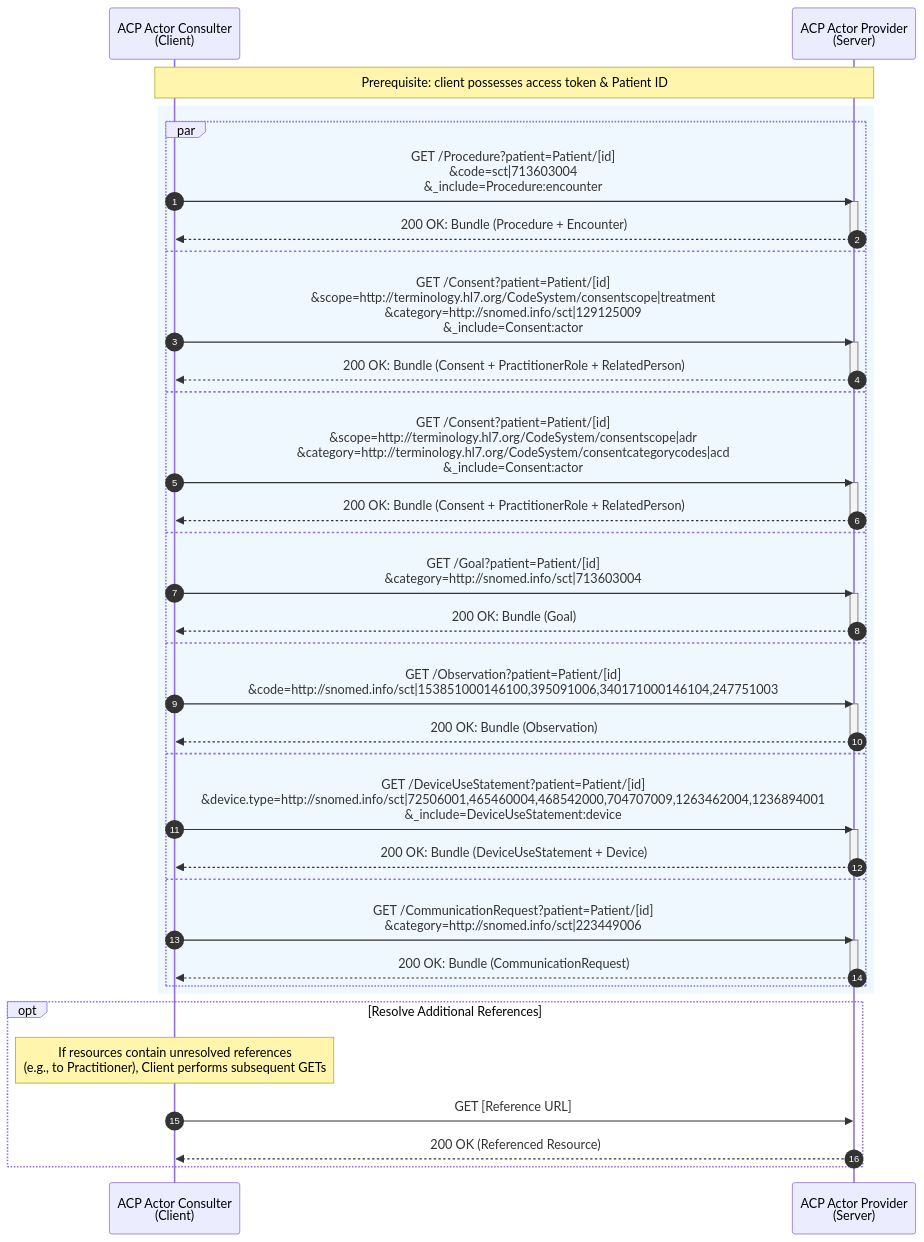
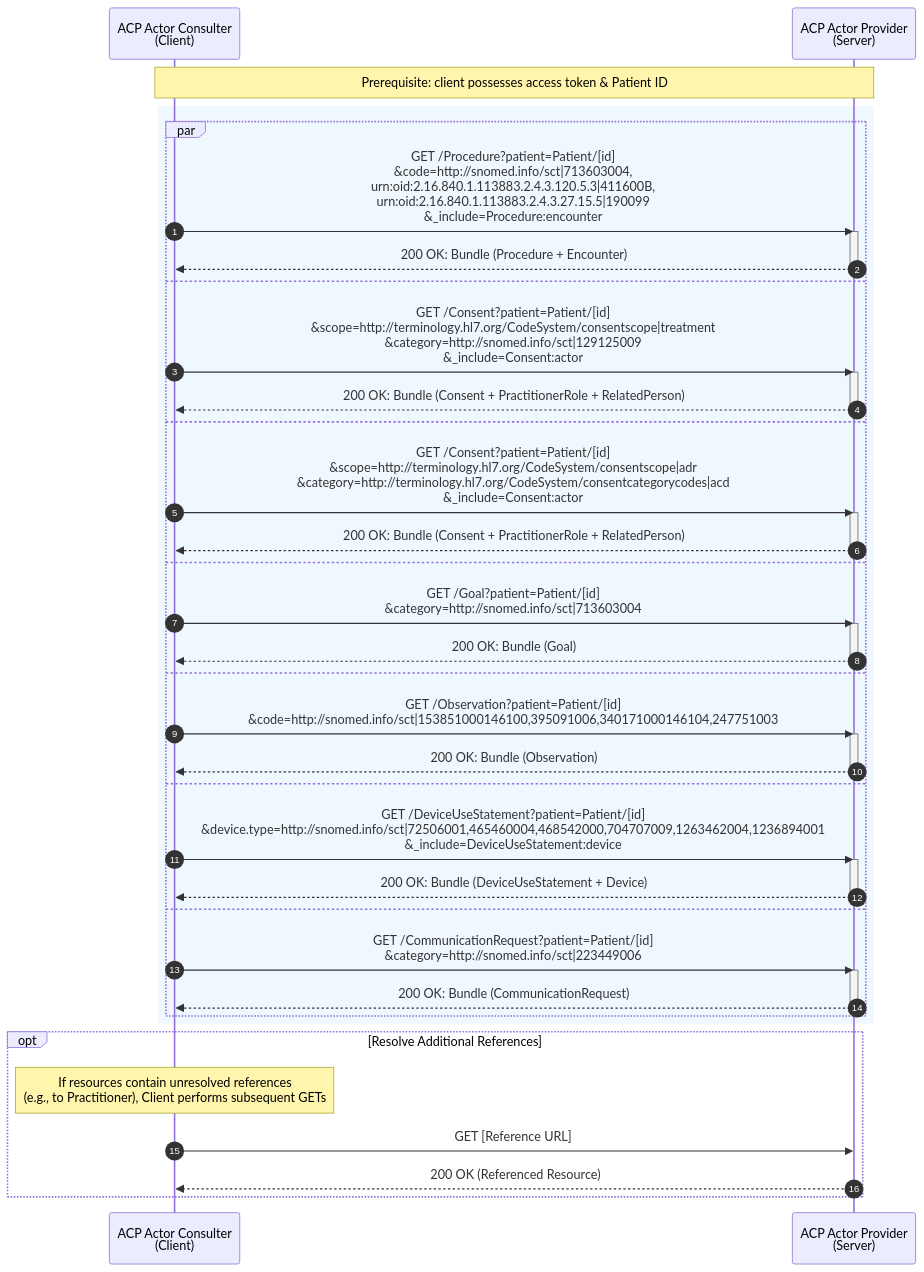
Before and after one commit to IKNL/PZP-FHIR-R4: the diagram in input/includes/fhir-data-exchange-individual-resources-mermaid-diagram.md, drawn with Mermaid. The commit also changed 1 other file, not shown here.

Commit message:
Include codes in Procedure/Encounter queries
Replace the single short SNOMED code with a comma-separated list of explicit code/system identifiers (http://snomed.info/sct|713603004 plus two urn:oid entries) in FHIR search examples. Updated the mermaid diagram include and the data-exchange example so Procedure and Encounter queries use the full set of codes (ensuring matches for SNOMED and OID-coded representations). Files changed: input/includes/fhir-data-exchange-individual-resources-mermaid-diagram.md and input/pagecontent/data-exchange.md.

```diff
--- a/input/includes/fhir-data-exchange-individual-resources-mermaid-diagram.md
+++ b/input/includes/fhir-data-exchange-individual-resources-mermaid-diagram.md
@@ -1,63 +1,63 @@
 <div class="mermaid" style="height: 800px; overflow: visible;">
 
 sequenceDiagram
     autonumber
     participant C as ACP Actor Consulter<br>(Client)
     participant S as ACP Actor Provider<br>(Server)
 
     note over C, S: Prerequisite: client possesses access token & Patient ID
 
     rect rgb(240, 248, 255)
   
         par 
             %% 1. Procedures
-            C->>S: GET /Procedure?patient=Patient/[id]<br>&code=sct|713603004<br>&_include=Procedure:encounter
+            C->>S: GET /Procedure?patient=Patient/[id]<br>&code=http://snomed.info/sct|713603004,<br>urn:oid:2.16.840.1.113883.2.4.3.120.5.3|411600B,<br>urn:oid:2.16.840.1.113883.2.4.3.27.15.5|190099<br>&_include=Procedure:encounter
             activate S
             S-->>C: 200 OK: Bundle (Procedure + Encounter)
             deactivate S
         and
             %% 2. Consent (TreatmentDirective)
             C->>S: GET /Consent?patient=Patient/[id]<br>&scope=http://terminology.hl7.org/CodeSystem/consentscope|treatment<br>&category=http://snomed.info/sct|129125009<br>&_include=Consent:actor
             activate S
             S-->>C: 200 OK: Bundle (Consent + PractitionerRole + RelatedPerson)
             deactivate S
         and
             %% 3. Consent (AdvanceCareDirective)
             C->>S: GET /Consent?patient=Patient/[id]<br>&scope=http://terminology.hl7.org/CodeSystem/consentscope|adr<br>&category=http://terminology.hl7.org/CodeSystem/consentcategorycodes|acd<br>&_include=Consent:actor
             activate S
             S-->>C: 200 OK: Bundle (Consent + PractitionerRole + RelatedPerson)
             deactivate S
         and
             %% 4. Goals
             C->>S: GET /Goal?patient=Patient/[id]<br>&category=http://snomed.info/sct|713603004
             activate S
             S-->>C: 200 OK: Bundle (Goal)
             deactivate S
         and
             %% 5. Observations
             C->>S: GET /Observation?patient=Patient/[id]<br>&code=http://snomed.info/sct|153851000146100,395091006,340171000146104,247751003
             activate S
             S-->>C: 200 OK: Bundle (Observation)
             deactivate S
         and
             %% 6. Devices
             C->>S: GET /DeviceUseStatement?patient=Patient/[id]<br>&device.type=http://snomed.info/sct|72506001,465460004,468542000,704707009,1263462004,1236894001<br>&_include=DeviceUseStatement:device
             activate S
             S-->>C: 200 OK: Bundle (DeviceUseStatement + Device)
             deactivate S
         and
             %% 7. CommunicationRequests
             C->>S: GET /CommunicationRequest?patient=Patient/[id]<br>&category=http://snomed.info/sct|223449006
             activate S
             S-->>C: 200 OK: Bundle (CommunicationRequest)
             deactivate S
         end
     end
 
     opt Resolve Additional References
         note over C: If resources contain unresolved references<br>(e.g., to Practitioner), Client performs subsequent GETs
         C->>S: GET [Reference URL]
         S-->>C: 200 OK (Referenced Resource)
     end
 
 </div>
```
